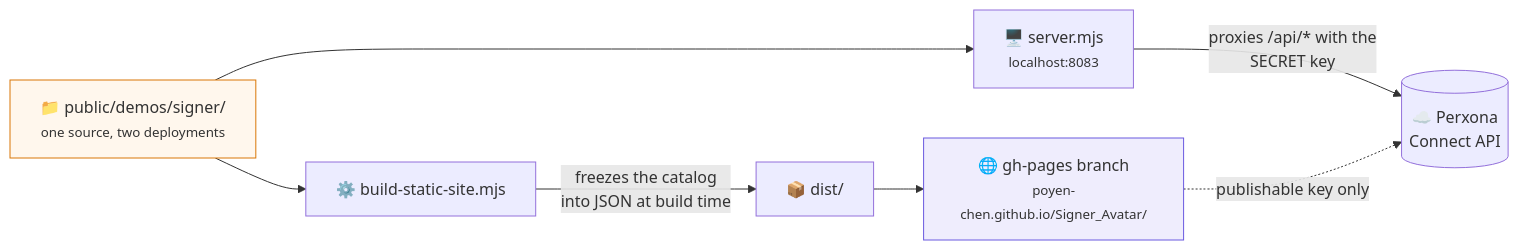
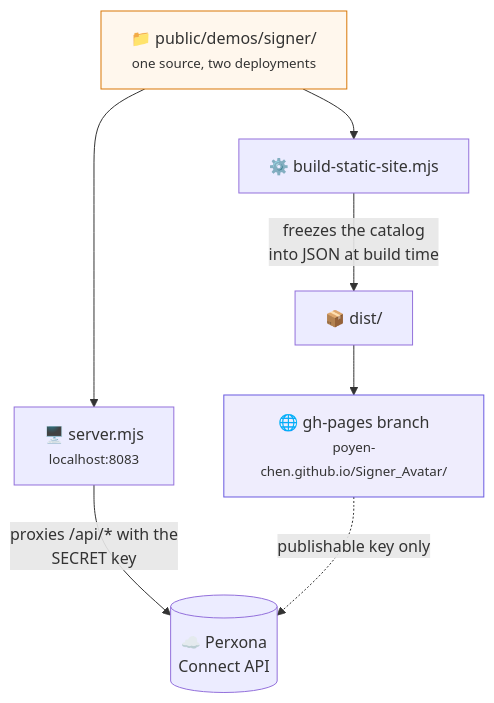
The first of 2 diagrams in README.md (Poyen-Chen/Signer_Avatar), drawn with Mermaid before and after one commit. The commit also changed other lines of this file and 1 other file, not shown here.

Commit message:
README: fit the deployment diagram, give the licence table a header
Claude-Session: https://claude.ai/code/session_011dZUZWyYCcvETCNvCcmZQv

````diff
--- a/README.md
+++ b/README.md
@@ -149,15 +149,15 @@
 ```mermaid
-flowchart LR
+flowchart TD
     SRC["📁 public/demos/signer/<br/><small>one source, two deployments</small>"]
 
     SRC --> DEV["🖥️ server.mjs<br/><small>localhost:8083</small>"]
     SRC --> BUILD["⚙️ build-static-site.mjs"]
 
     DEV -->|"proxies /api/* with the<br/>SECRET key"| API[("☁️ Perxona<br/>Connect API")]
     BUILD -->|"freezes the catalog<br/>into JSON at build time"| DIST["📦 dist/"]
     DIST --> GHP["🌐 gh-pages branch<br/><small>poyen-chen.github.io/Signer_Avatar/</small>"]
     GHP -.->|"publishable key only"| API
 
     style GHP fill:#efedfd,stroke:#6a5ae0
     style SRC fill:#fff7ed,stroke:#d97706
 ```
````
